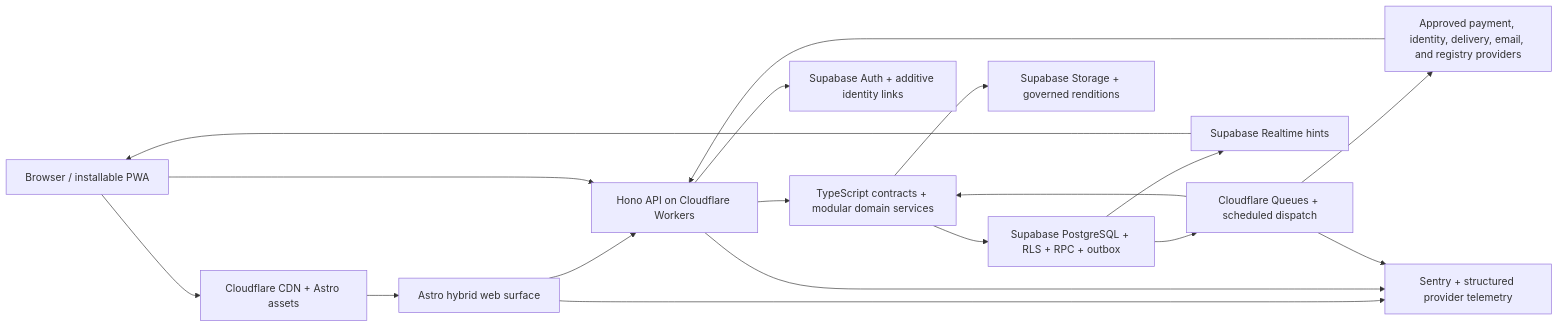
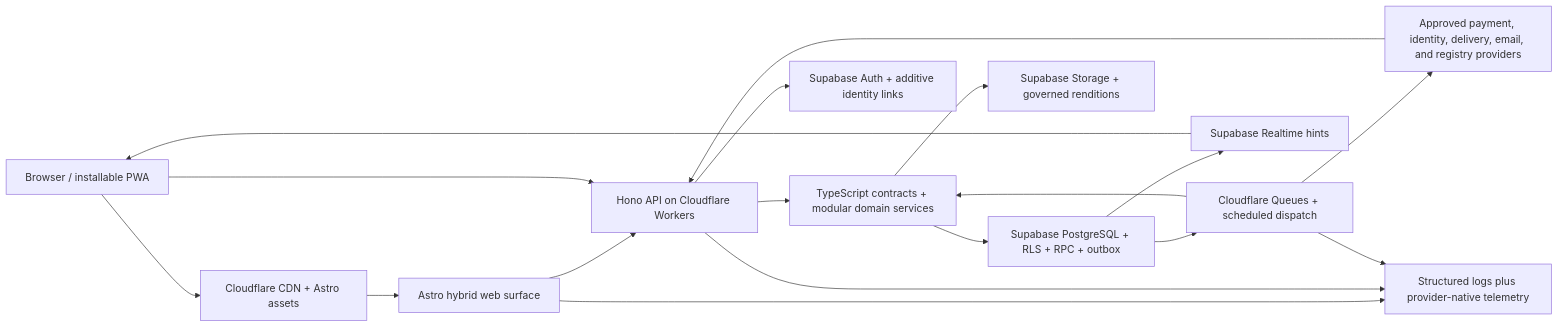
The diagram in .memory/wiki/specs/2026-08-02-architecture-design.md (WeJustJammin/nevrite-music), drawn with Mermaid before and after one commit. The commit also changed other lines of this file and 185 other files, not shown here.

````diff
--- a/.memory/wiki/specs/2026-08-02-architecture-design.md
+++ b/.memory/wiki/specs/2026-08-02-architecture-design.md
@@ -454,33 +454,33 @@
 ```mermaid
 flowchart LR
     Browser["Browser / installable PWA"]
     CDN["Cloudflare CDN + Astro assets"]
     Web["Astro hybrid web surface"]
     API["Hono API on Cloudflare Workers"]
     Queue["Cloudflare Queues + scheduled dispatch"]
     Domain["TypeScript contracts + modular domain services"]
     DB["Supabase PostgreSQL + RLS + RPC + outbox"]
     Auth["Supabase Auth + additive identity links"]
     Storage["Supabase Storage + governed renditions"]
     Realtime["Supabase Realtime hints"]
     Providers["Approved payment, identity, delivery, email, and registry providers"]
-    Sentry["Sentry + structured provider telemetry"]
+    NativeTelemetry["Structured logs plus provider-native telemetry"]
 
     Browser --> CDN
     CDN --> Web
     Web --> API
     Browser --> API
     API --> Auth
     API --> Domain
     Domain --> DB
     Domain --> Storage
     DB --> Realtime
     Realtime --> Browser
     DB --> Queue
     Queue --> Domain
     Queue --> Providers
     Providers --> API
-    Web --> Sentry
-    API --> Sentry
-    Queue --> Sentry
+    Web --> NativeTelemetry
+    API --> NativeTelemetry
+    Queue --> NativeTelemetry
 ```
````
